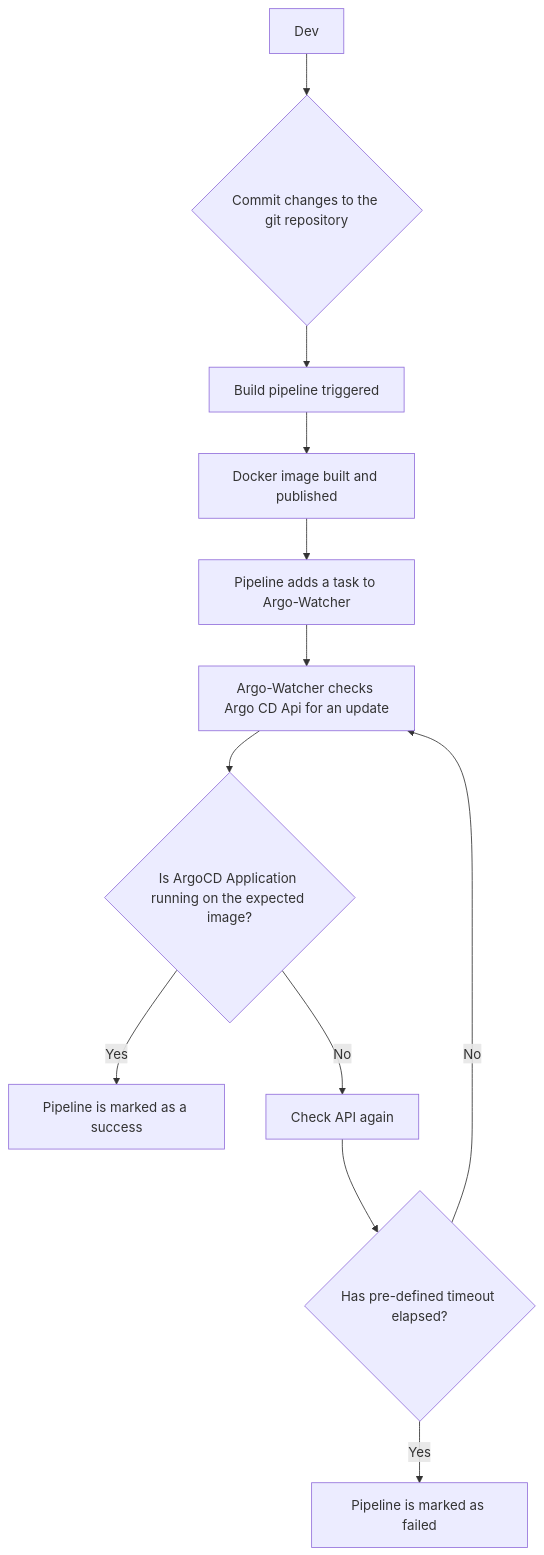
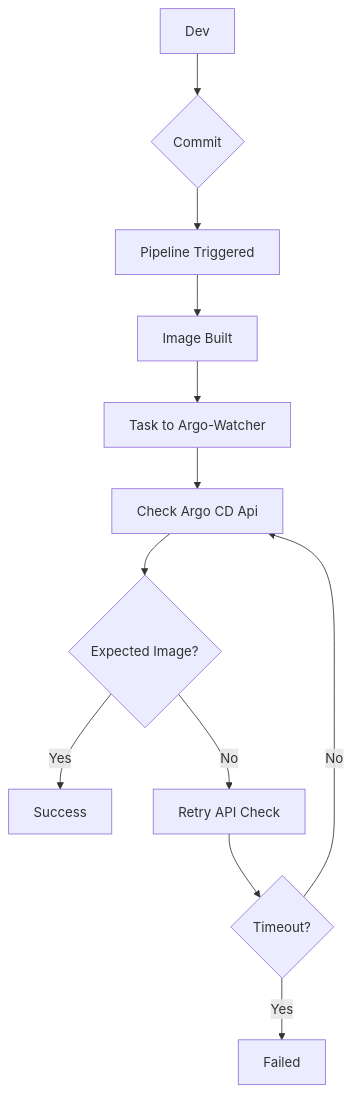
Before and after one commit to shini4i/argo-watcher: the diagram in README.md, drawn with Mermaid.

Commit message:
simplified mermaid diagram

````diff
--- a/README.md
+++ b/README.md
@@ -43,14 +43,14 @@
 ```mermaid
 graph TD
-    Dev[Dev] --> Commit{Commit changes to the git repository}
-    Commit --> Pipeline[Build pipeline triggered]
-    Pipeline --> Docker[Docker image built and published]
-    Docker --> Task[Pipeline adds a task to Argo-Watcher]
-    Task --> Check[Argo-Watcher checks Argo CD Api for an update]
-    Check --> Decision{Is ArgoCD Application running on the expected image?}
-    Decision -->|Yes| Success[Pipeline is marked as a success]
-    Decision -->|No| Retry[Check API again]
-    Retry --> TimeoutDecision{Has pre-defined timeout elapsed?}
-    TimeoutDecision -->|Yes| Failed[Pipeline is marked as failed]
-    TimeoutDecision -->|No| Check
+    Dev[Dev] --> Commit{Commit}
+    Commit --> Pipeline[Pipeline Triggered]
+    Pipeline --> Docker[Image Built]
+    Docker --> Task[Task to Argo-Watcher]
+    Task --> Check[Check Argo CD Api]
+    Check --> Decision{Expected Image?}
+    Decision -->|Yes| Success[Success]
+    Decision -->|No| Retry[Retry API Check]
+    Retry --> Timeout{Timeout?}
+    Timeout -->|Yes| Failed[Failed]
+    Timeout -->|No| Check
 ```
````
